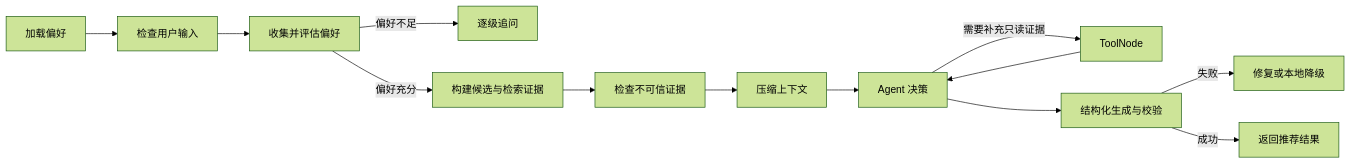
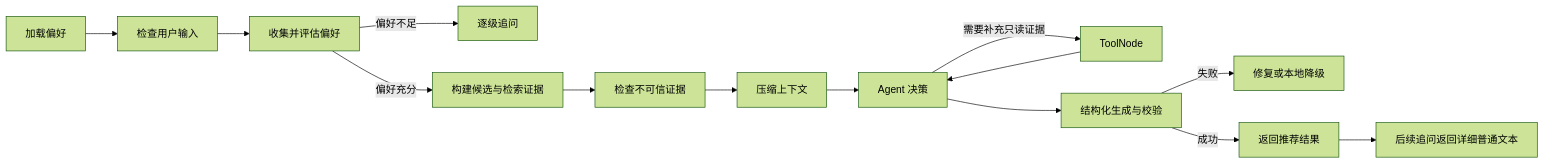
One commit to yileina343413182-crypto/project changed the diagram in README.md. Above: the diagram before and after it, drawn with Mermaid (forest theme). The commit also changed other lines of this file and 57 other files, not shown here.

````diff
--- a/README.md
+++ b/README.md
@@ -482,15 +488,16 @@
 ```mermaid
 flowchart LR
     A["加载偏好"] --> B["检查用户输入"]
     B --> C["收集并评估偏好"]
     C -->|偏好不足| D["逐级追问"]
     C -->|偏好充分| E["构建候选与检索证据"]
     E --> F["检查不可信证据"]
     F --> G["压缩上下文"]
     G --> H["Agent 决策"]
     H -->|需要补充只读证据| I["ToolNode"]
     I --> H
     H --> J["结构化生成与校验"]
     J -->|失败| K["修复或本地降级"]
     J -->|成功| L["返回推荐结果"]
+    L --> M["后续追问返回详细普通文本"]
 ```
````
